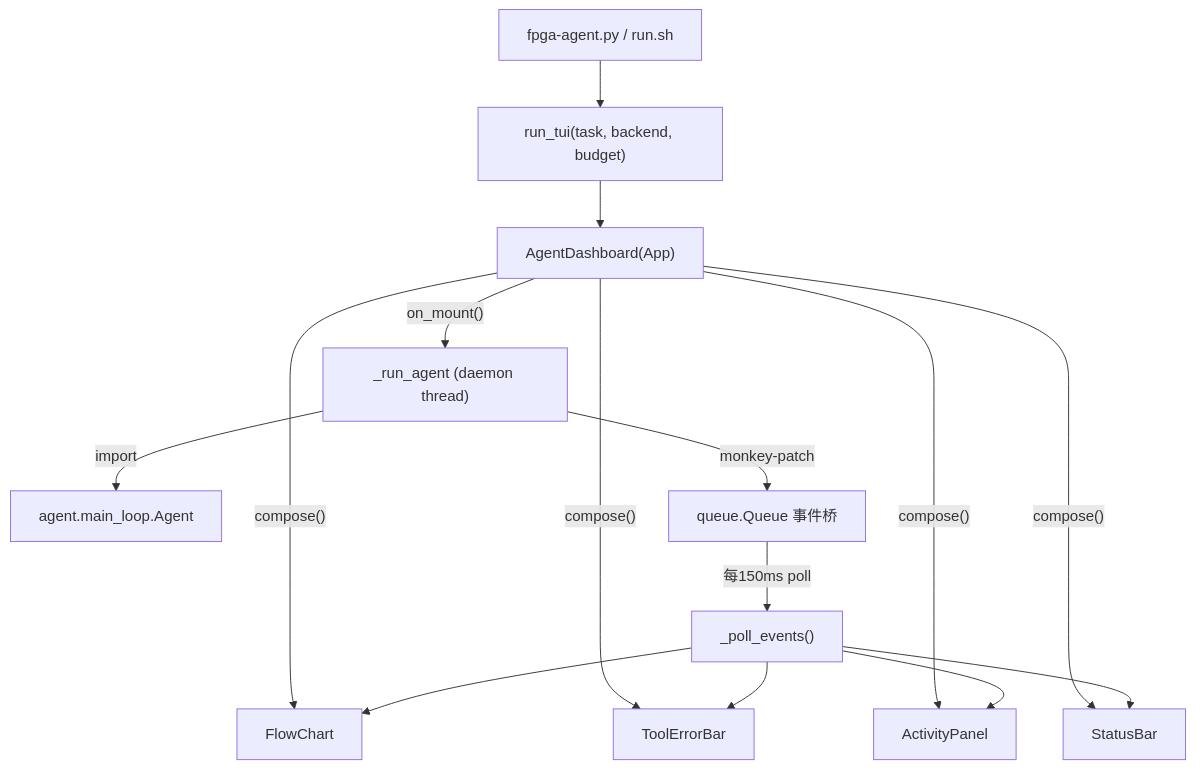
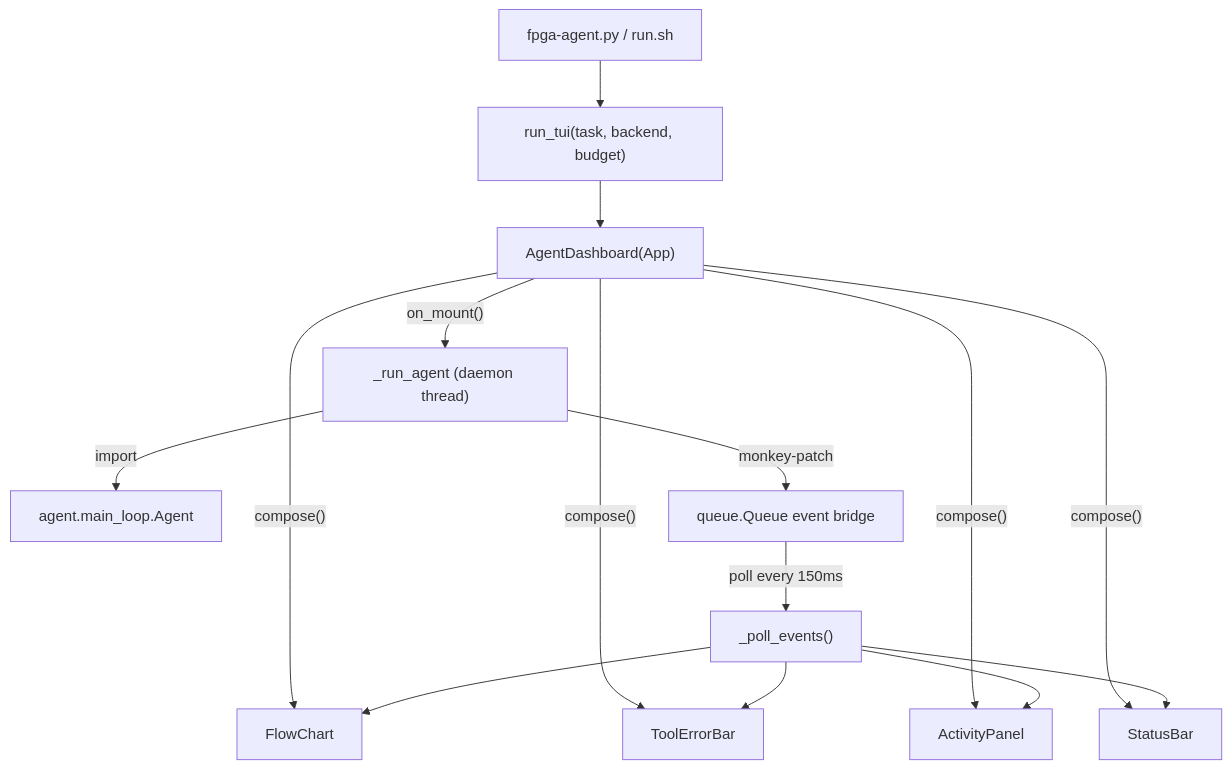
One commit to QFcattail/llm4hls changed the diagram in tui/README.md. Above: the diagram before and after it, drawn with Mermaid. The commit also changed other lines of this file and 33 other files, not shown here.

````diff
--- a/tui/README.md
+++ b/tui/README.md
@@ -20,14 +21,14 @@
 ```mermaid
 flowchart TB
     Entry["fpga-agent.py / run.sh"] --> RT["run_tui(task, backend, budget)"]
     RT --> APP["AgentDashboard(App)"]
     APP -->|"compose()"| FC[FlowChart]
     APP -->|"compose()"| TEB[ToolErrorBar]
     APP -->|"compose()"| AP[ActivityPanel]
     APP -->|"compose()"| SB[StatusBar]
     APP -->|"on_mount()"| THREAD["_run_agent (daemon thread)"]
     THREAD -->|"import"| AGENT["agent.main_loop.Agent"]
-    THREAD -->|"monkey-patch"| BRIDGE["queue.Queue 事件桥"]
-    BRIDGE -->|"每150ms poll"| POLL["_poll_events()"]
+    THREAD -->|"monkey-patch"| BRIDGE["queue.Queue event bridge"]
+    BRIDGE -->|"poll every 150ms"| POLL["_poll_events()"]
     POLL --> FC & TEB & AP & SB
 ```
````
